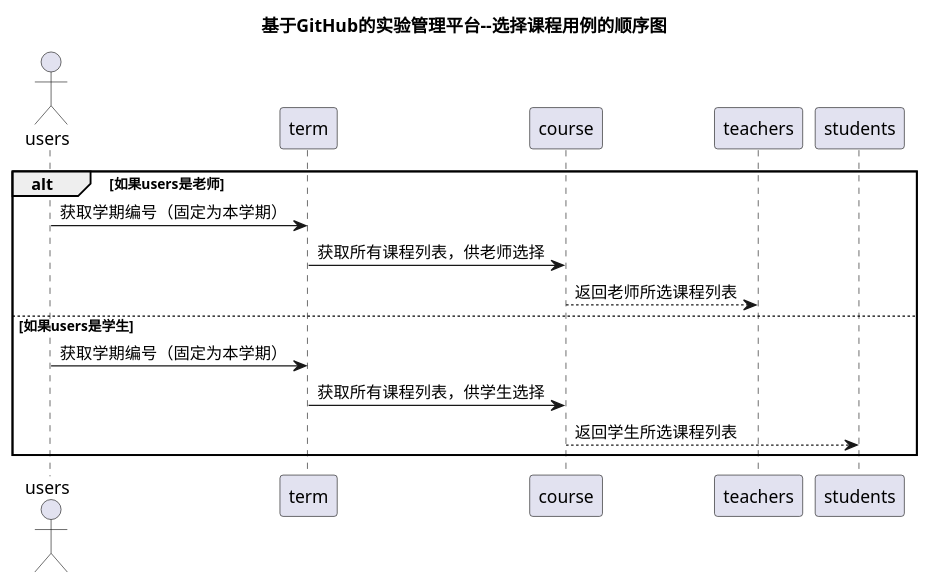
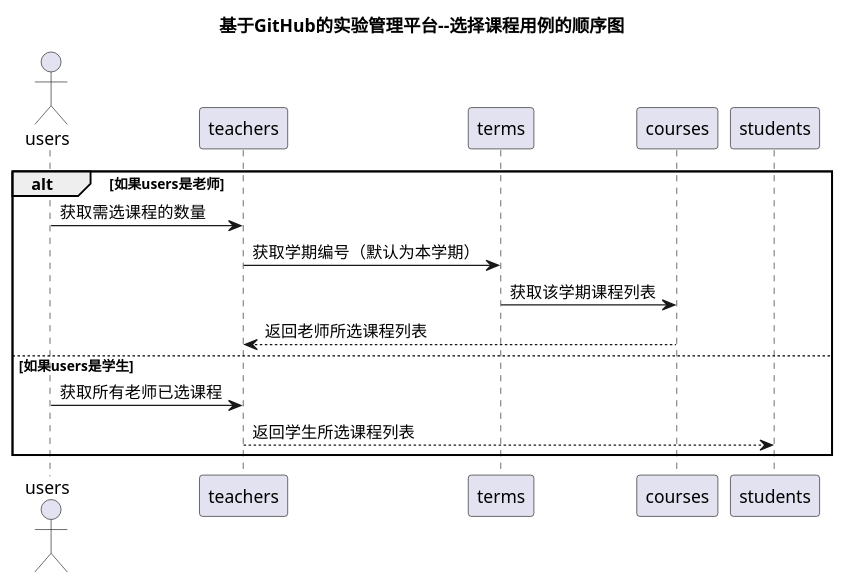
The diagram in test6/src/选择课程.puml (201510414128/is_analysis-1), drawn with PlantUML before and after one commit.

```diff
--- a/test6/src/选择课程.puml
+++ b/test6/src/选择课程.puml
@@ -1,13 +1,13 @@
 @startuml
 title 基于GitHub的实验管理平台--选择课程用例的顺序图
 actor users
 alt 如果users是老师
-    users -> term : 获取学期编号（固定为本学期）
-    term -> course:获取所有课程列表，供老师选择
-    teachers <-- course: 返回老师所选课程列表
+    users->teachers : 获取需选课程的数量
+    teachers -> terms : 获取学期编号（默认为本学期）
+    terms -> courses:获取该学期课程列表
+    teachers <-- courses: 返回老师所选课程列表
 else 如果users是学生
-    users -> term : 获取学期编号（固定为本学期）
-    term -> course:获取所有课程列表，供学生选择
-    students <-- course: 返回学生所选课程列表
+    users->teachers : 获取所有老师已选课程
+    students <-- teachers: 返回学生所选课程列表
 end
 @enduml
```
